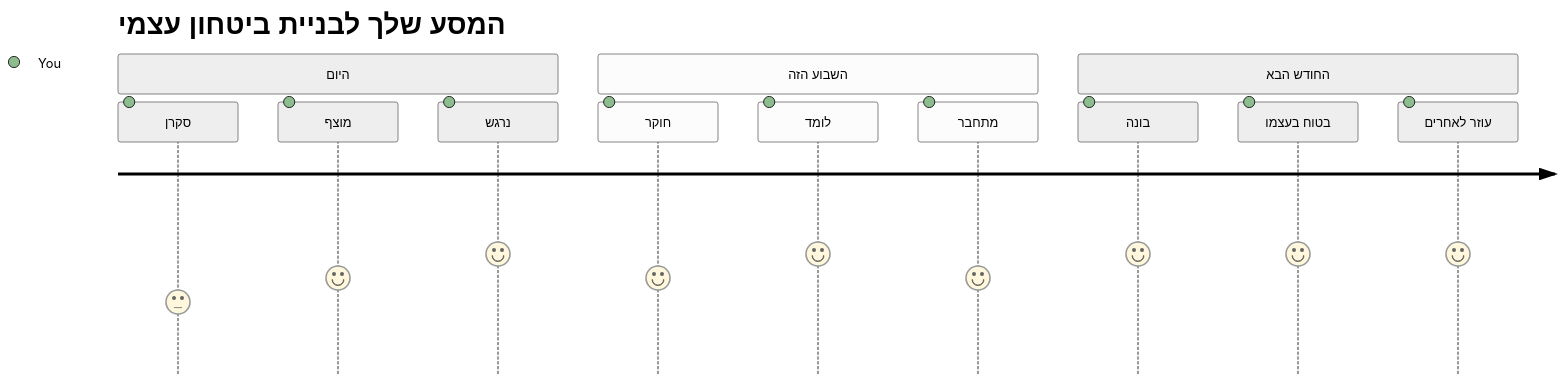
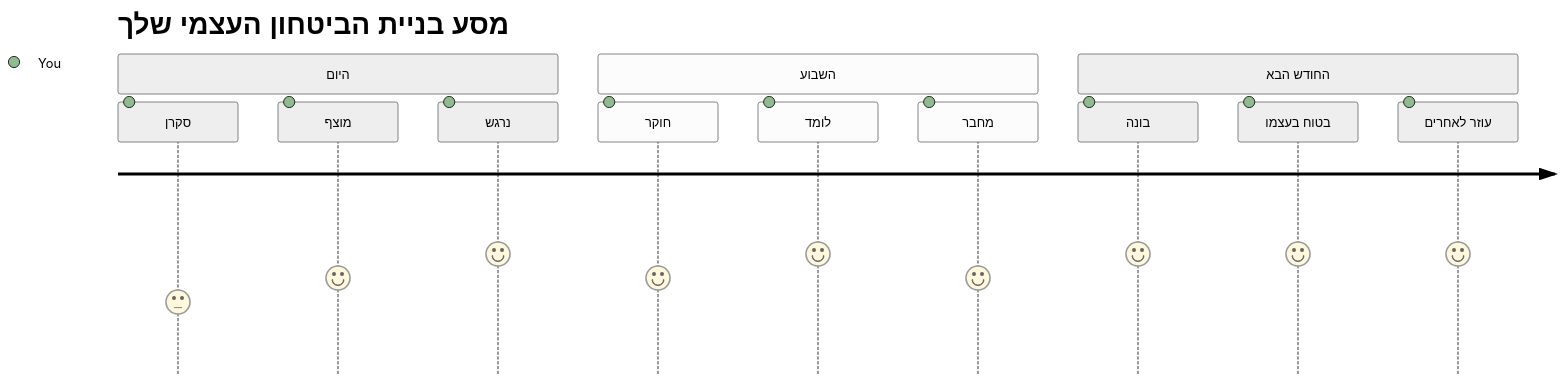
Before and after one commit to microsoft/Web-Dev-For-Beginners: the seventh of 7 diagrams in translations/he/1-getting-started-lessons/1-intro-to-programming-languages/README.md, drawn with Mermaid (neutral theme). The commit also changed other lines of this file and 8 other files, not shown here.

````diff
--- a/translations/he/1-getting-started-lessons/1-intro-to-programming-languages/README.md
+++ b/translations/he/1-getting-started-lessons/1-intro-to-programming-languages/README.md
@@ -830,16 +831,16 @@
 ```mermaid
 journey
-    title המסע שלך לבניית ביטחון עצמי
+    title מסע בניית הביטחון העצמי שלך
     section היום
       סקרן: 3: You
       מוצף: 4: You
       נרגש: 5: You
-    section השבוע הזה
+    section השבוע
       חוקר: 4: You
       לומד: 5: You
-      מתחבר: 4: You
+      מחבר: 4: You
     section החודש הבא
       בונה: 5: You
       בטוח בעצמו: 5: You
       עוזר לאחרים: 5: You
 ```
````
